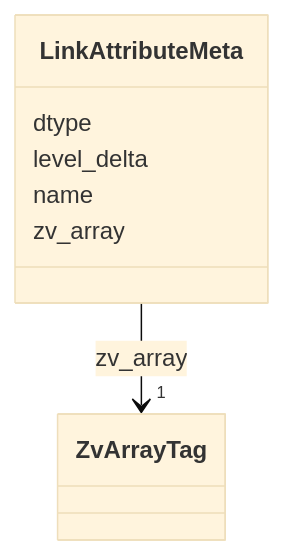
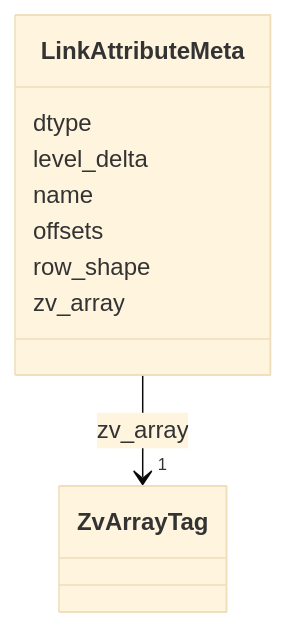
Before and after one commit to AllenInstitute/zarr-vectors-py: the ninth of 15 diagrams in schema/reference.md, drawn with Mermaid (base theme). The commit also changed other lines of this file and 2 other files, not shown here.

````diff
--- a/schema/reference.md
+++ b/schema/reference.md
@@ -5722,23 +5781,27 @@
 ```mermaid
  classDiagram
     class LinkAttributeMeta
     click LinkAttributeMeta href "../LinkAttributeMeta/"
       LinkAttributeMeta : dtype
         
       LinkAttributeMeta : level_delta
         
       LinkAttributeMeta : name
+        
+      LinkAttributeMeta : offsets
+        
+      LinkAttributeMeta : row_shape
         
       LinkAttributeMeta : zv_array
         
           
     
         
         
         LinkAttributeMeta --> "1" ZvArrayTag : zv_array
         click ZvArrayTag href "../ZvArrayTag/"
     
 
         
       
 ```
````
